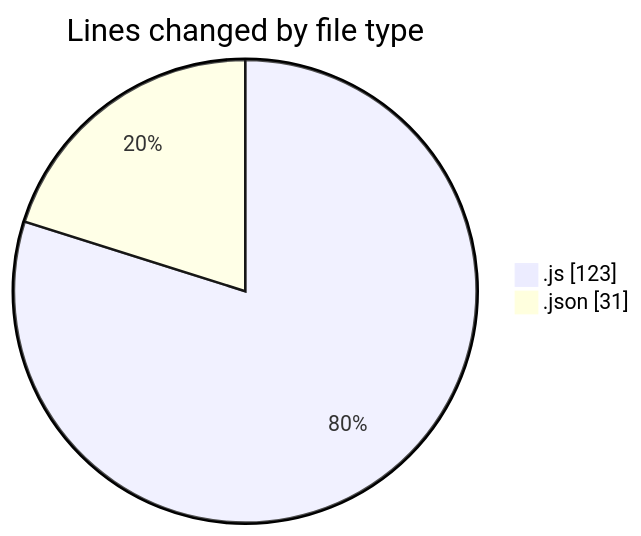
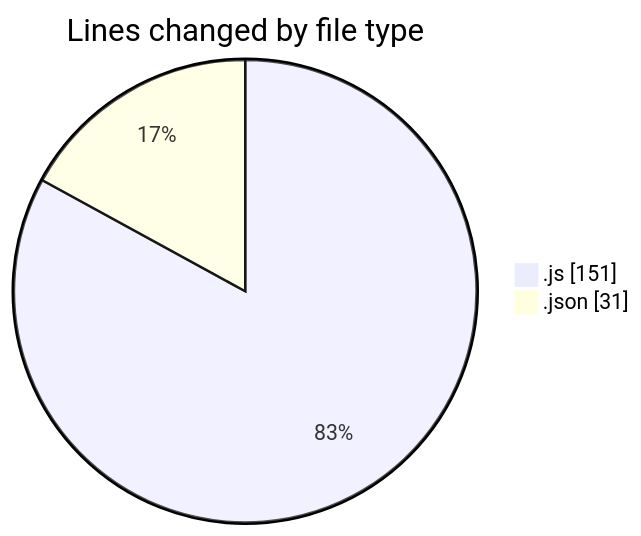
The first of 2 diagrams in 2025-07-02/mern-thinkboard/README.md (Ritupan-Deka/code-tracking), drawn with Mermaid before and after one commit. The commit also changed other lines of this file and 1 other file, not shown here.

````diff
--- a/2025-07-02/mern-thinkboard/README.md
+++ b/2025-07-02/mern-thinkboard/README.md
@@ -23,6 +23,6 @@
 ```mermaid
 pie showData
 title Lines changed by file type
-".js" : 123
+".js" : 151
 ".json" : 31
 ```
````
